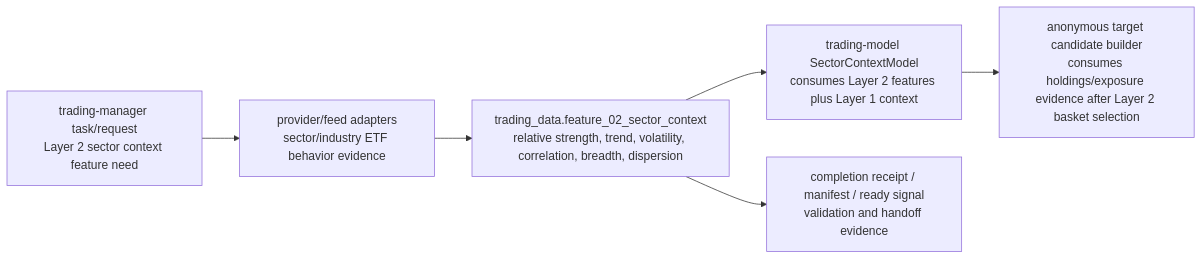
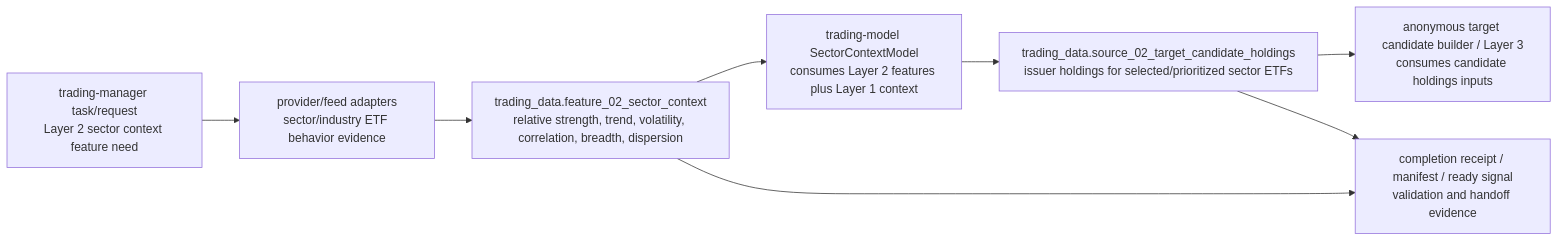
Before and after one commit to gilmore307/trading-data: the diagram in docs/11_layer_02_sector_context.md, drawn with Mermaid. The commit also changed other lines of this file and 13 other files, not shown here.

Commit message:
Complete issuer holdings adapters

````diff
--- a/docs/11_layer_02_sector_context.md
+++ b/docs/11_layer_02_sector_context.md
@@ -37,12 +37,14 @@
 ```mermaid
 flowchart LR
     request["trading-manager task/request<br/>Layer 2 sector context feature need"]
     feeds["provider/feed adapters<br/>sector/industry ETF behavior evidence"]
     feature["trading_data.feature_02_sector_context<br/>relative strength, trend, volatility, correlation, breadth, dispersion"]
     model["trading-model SectorContextModel<br/>consumes Layer 2 features plus Layer 1 context"]
-    downstream["anonymous target candidate builder<br/>consumes holdings/exposure evidence after Layer 2 basket selection"]
+    candidates["trading_data.source_02_target_candidate_holdings<br/>issuer holdings for selected/prioritized sector ETFs"]
+    downstream["anonymous target candidate builder / Layer 3<br/>consumes candidate holdings inputs"]
     receipt["completion receipt / manifest / ready signal<br/>validation and handoff evidence"]
 
-    request --> feeds --> feature --> model --> downstream
+    request --> feeds --> feature --> model --> candidates --> downstream
     feature --> receipt
+    candidates --> receipt
 ```
````
